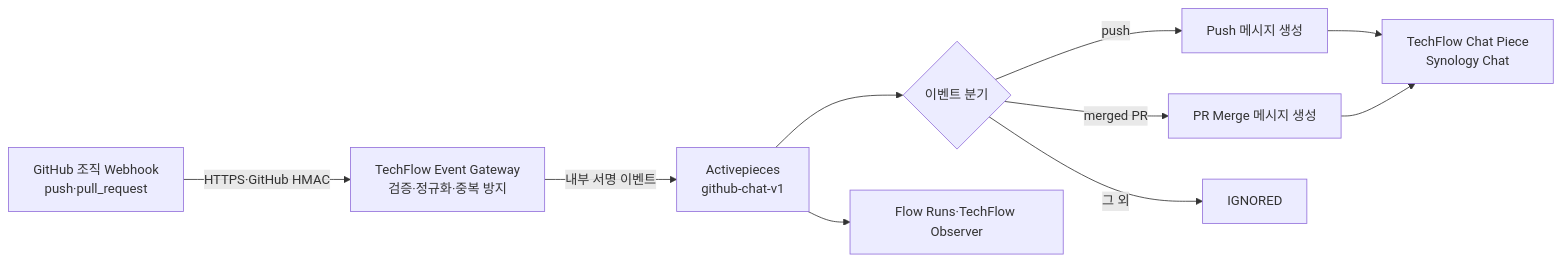
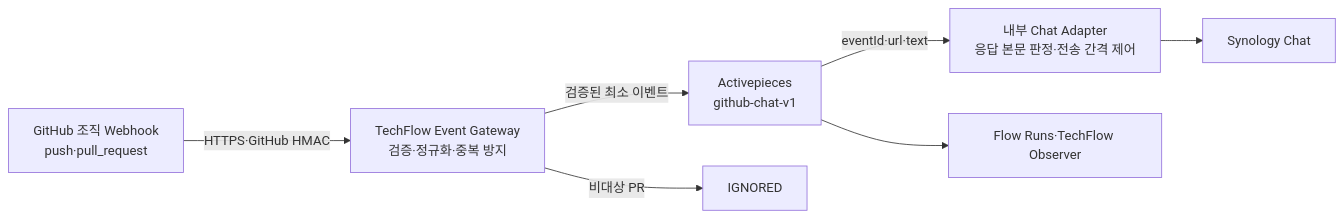
One commit to ablecloud-team/ablestack-techflow changed the diagram in docs/plans/issue-19-github-chat-webhook-design.md. Above: the diagram before and after it, drawn with Mermaid. The commit also changed other lines of this file and 12 other files, not shown here.

````diff
--- a/docs/plans/issue-19-github-chat-webhook-design.md
+++ b/docs/plans/issue-19-github-chat-webhook-design.md
@@ -55,12 +55,9 @@
 ```mermaid
 flowchart LR
     GH["GitHub 조직 Webhook<br/>push·pull_request"] -->|"HTTPS·GitHub HMAC"| GW["TechFlow Event Gateway<br/>검증·정규화·중복 방지"]
-    GW -->|"내부 서명 이벤트"| AP["Activepieces<br/>github-chat-v1"]
-    AP --> R{"이벤트 분기"}
-    R -->|"push"| PM["Push 메시지 생성"]
-    R -->|"merged PR"| PRM["PR Merge 메시지 생성"]
-    R -->|"그 외"| IGN["IGNORED"]
-    PM --> CHAT["TechFlow Chat Piece<br/>Synology Chat"]
-    PRM --> CHAT
+    GW -->|"검증된 최소 이벤트"| AP["Activepieces<br/>github-chat-v1"]
+    AP -->|"eventId·url·text"| ADAPTER["내부 Chat Adapter<br/>응답 본문 판정·전송 간격 제어"]
+    ADAPTER --> CHAT["Synology Chat"]
+    GW -->|"비대상 PR"| IGN["IGNORED"]
     AP --> OBS["Flow Runs·TechFlow Observer"]
 ```
````
